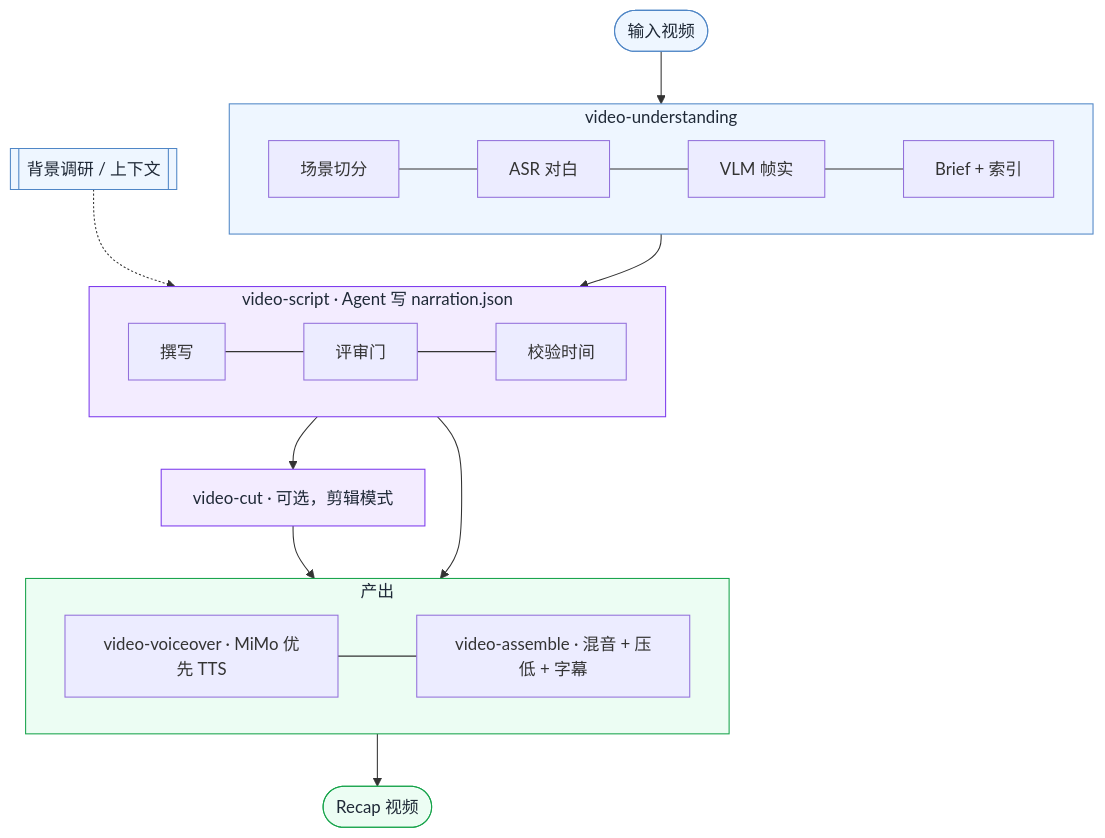
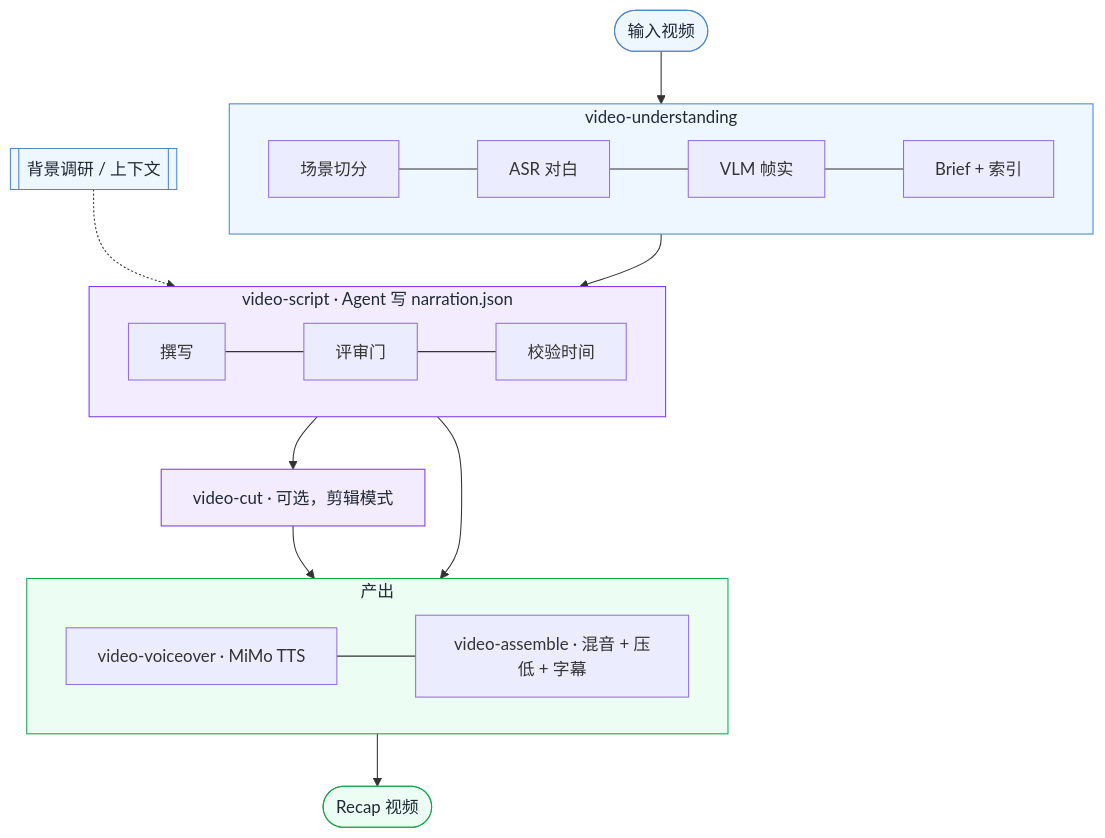
Before and after one commit to worldwonderer/video-recap-skills: the diagram in README.zh-CN.md, drawn with Mermaid. The commit also changed other lines of this file and 12 other files, not shown here.

````diff
--- a/README.zh-CN.md
+++ b/README.zh-CN.md
@@ -20,34 +23,34 @@
 ```mermaid
 flowchart TB
     input([输入视频]) --> understand
     context[[背景调研 / 上下文]] -.-> script
 
     subgraph understand[video-understanding]
         direction LR
         scene[场景切分] --- asr[ASR 对白] --- vlm[VLM 帧实] --- brief[Brief + 索引]
     end
 
     subgraph script[video-script · Agent 写 narration.json]
         direction LR
         write[撰写] --- review[评审门] --- validate[校验时间]
     end
 
     cut[video-cut · 可选，剪辑模式]
     subgraph produce[产出]
         direction LR
-        voice[video-voiceover · MiMo 优先 TTS] --- assemble[video-assemble · 混音 + 压低 + 字幕]
+        voice[video-voiceover · MiMo TTS] --- assemble[video-assemble · 混音 + 压低 + 字幕]
     end
     output([Recap 视频])
 
     understand --> script
     script --> cut --> produce
     script --> produce
     produce --> output
 
     classDef s fill:#eef6ff,stroke:#4f86c6,color:#1f2937;
     classDef w fill:#f3ecff,stroke:#7c3aed,color:#1f2937;
     classDef p fill:#ecfdf3,stroke:#16a34a,color:#1f2937;
     class input,context,understand s;
     class script,cut w;
     class produce,output p;
 ```
````
